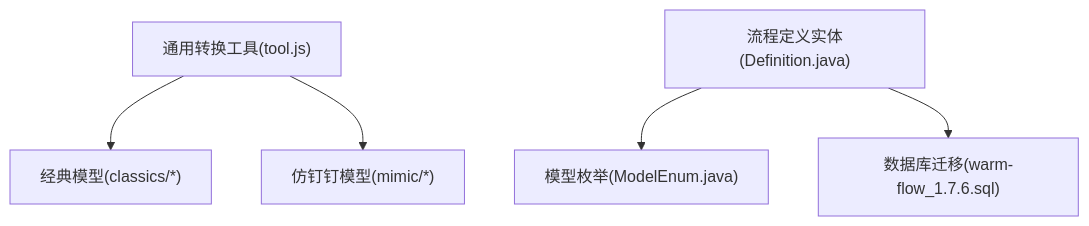
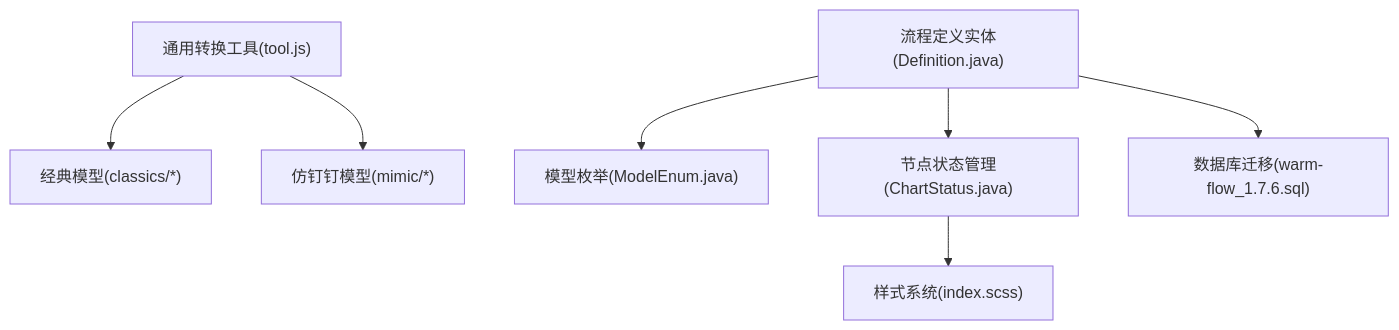
Before and after one commit to dromara/warm-flow: the eighth of 8 diagrams in .qoder/repowiki/zh/content/可视化设计器/设计模型系统.md, drawn with Mermaid. The commit also changed other lines of this file and 18 other files, not shown here.

````diff
--- a/.qoder/repowiki/zh/content/可视化设计器/设计模型系统.md
+++ b/.qoder/repowiki/zh/content/可视化设计器/设计模型系统.md
@@ -333,13 +488,17 @@
 ```mermaid
 graph TB
 Tool["通用转换工具(tool.js)"]
 Classics["经典模型(classics/*)"]
 Mimic["仿钉钉模型(mimic/*)"]
 Def["流程定义实体(Definition.java)"]
 Enum["模型枚举(ModelEnum.java)"]
+Status["节点状态管理(ChartStatus.java)"]
+Styles["样式系统(index.scss)"]
 SQL["数据库迁移(warm-flow_1.7.6.sql)"]
 Tool --> Classics
 Tool --> Mimic
 Def --> Enum
+Def --> Status
 Def --> SQL
+Status --> Styles
 ```
````
